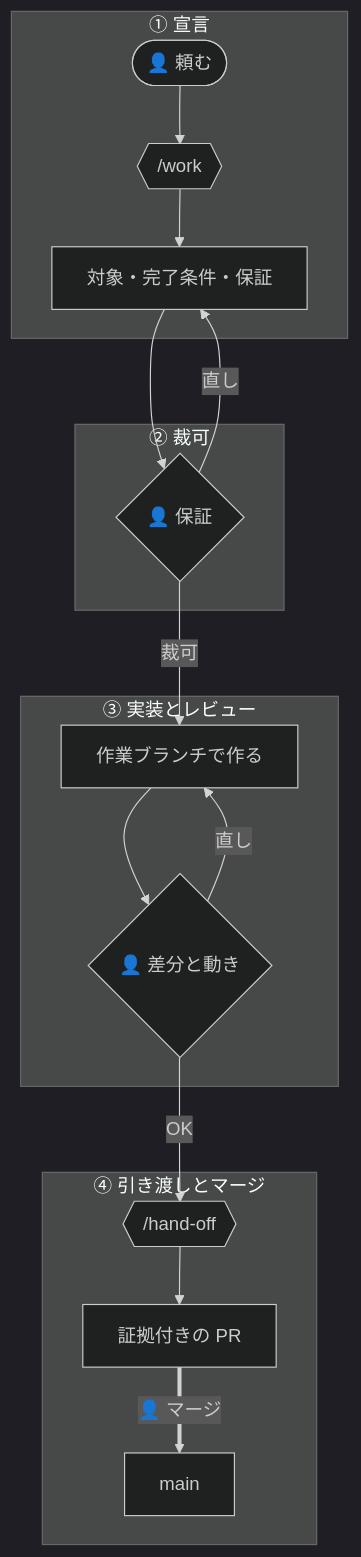
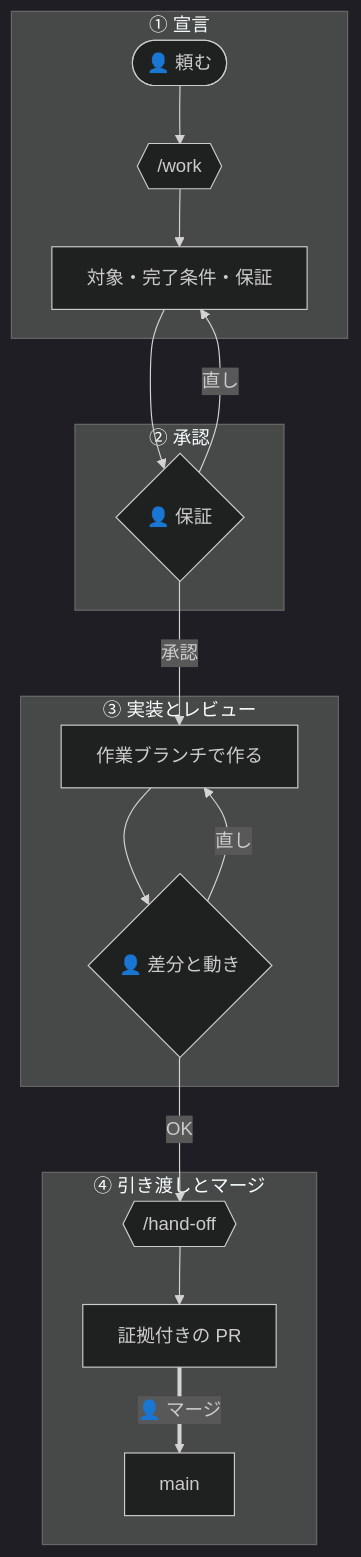
Before and after one commit to yktsnet/sdlc-kit: the diagram in docs/flows/solo.md, drawn with Mermaid (dark theme). The commit also changed other lines of this file and 19 other files, not shown here.

````diff
--- a/docs/flows/solo.md
+++ b/docs/flows/solo.md
@@ -19,21 +19,21 @@
 ```mermaid
 flowchart TD
     subgraph p1 ["① 宣言"]
         R(["👤 頼む"]) --> W{{"/work"}}
         W --> D[対象・完了条件・保証]
     end
-    subgraph p2 ["② 裁可"]
+    subgraph p2 ["② 承認"]
         D --> A{"👤 保証"}
         A -->|直し| D
     end
     subgraph p3 ["③ 実装とレビュー"]
-        A -->|裁可| B[作業ブランチで作る]
+        A -->|承認| B[作業ブランチで作る]
         B --> V{"👤 差分と動き"}
         V -->|直し| B
     end
     subgraph p4 ["④ 引き渡しとマージ"]
         V -->|OK| H{{"/hand-off"}}
         H --> P[証拠付きの PR]
         P ==>|"👤 マージ"| M[main]
     end
 ```
````
